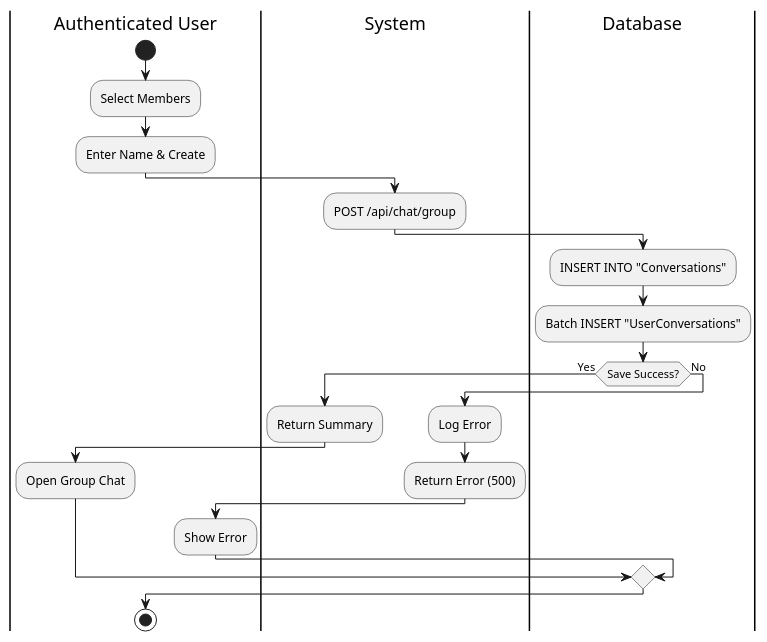
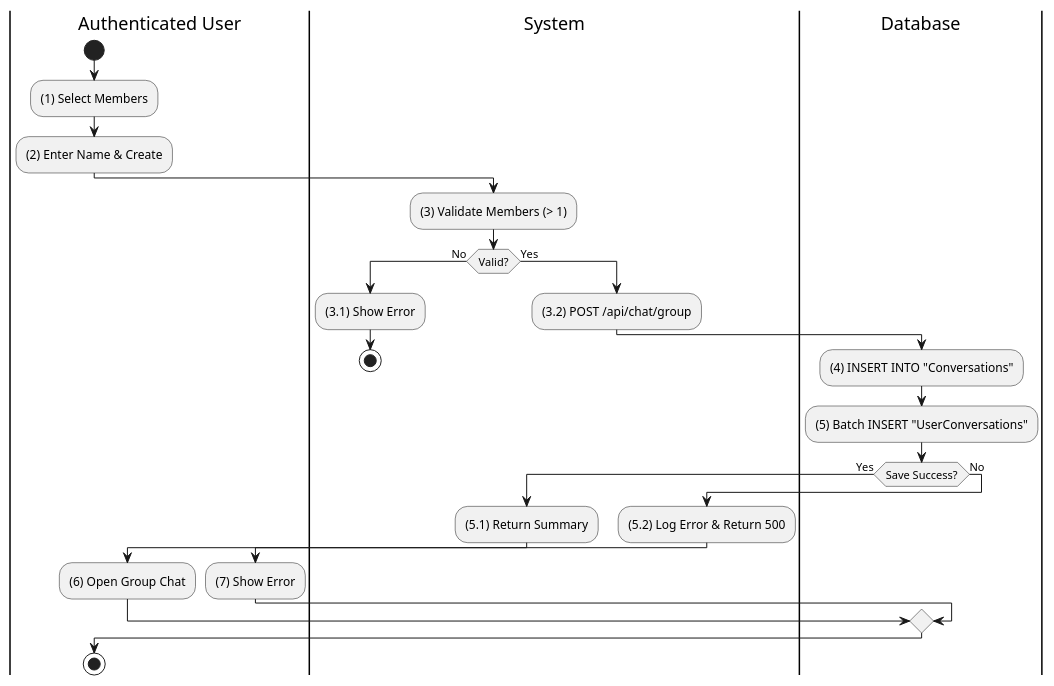
One commit to I-Love-U-3000/Favi-BE changed the fifth of 16 diagrams in UC_2.1.7_Chat.md. Above: the diagram before and after it, drawn with PlantUML. The commit also changed other lines of this file and 36 other files, not shown here.

````diff
--- a/UC_2.1.7_Chat.md
+++ b/UC_2.1.7_Chat.md
@@ -212,26 +222,31 @@
 ```plantuml
 @startuml
 |Authenticated User|
 start
-:Select Members;
-:Enter Name & Create;
+:(1) Select Members;
+:(2) Enter Name & Create;
 |System|
-:POST /api/chat/group;
-|Database|
-:INSERT INTO "Conversations";
-:Batch INSERT "UserConversations";
-if (Save Success?) then (Yes)
-    |System|
-    :Return Summary;
-    |Authenticated User|
-    :Open Group Chat;
-else (No)
-    |System|
-    :Log Error;
-    :Return Error (500);
-    |Authenticated User|
-    :Show Error;
+:(3) Validate Members (> 1);
+if (Valid?) then (No)
+  :(3.1) Show Error;
+  stop
+else (Yes)
+  :(3.2) POST /api/chat/group;
+  |Database|
+  :(4) INSERT INTO "Conversations";
+  :(5) Batch INSERT "UserConversations";
+  if (Save Success?) then (Yes)
+      |System|
+      :(5.1) Return Summary;
+      |Authenticated User|
+      :(6) Open Group Chat;
+  else (No)
+      |System|
+      :(5.2) Log Error & Return 500;
+      |Authenticated User|
+      :(7) Show Error;
+  endif
 endif
 stop
 @enduml
 ```
````
